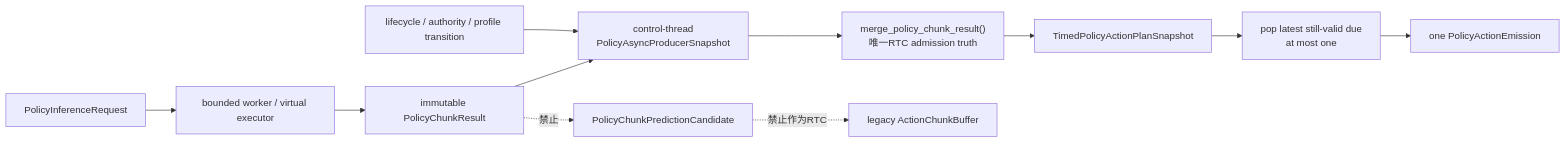
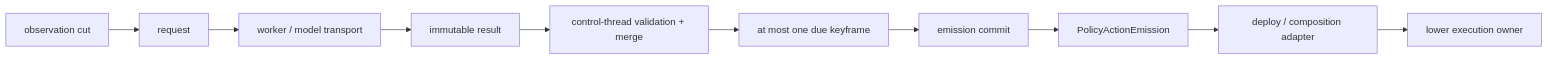
The second of 8 diagrams in docs/architecture/dexteleop_rtc_visual_guide.md (xiaopangxiexyg/AgenticRobot), drawn with Mermaid before and after one commit. The commit also changed other lines of this file and 2 other files, not shown here.

````diff
--- a/docs/architecture/dexteleop_rtc_visual_guide.md
+++ b/docs/architecture/dexteleop_rtc_visual_guide.md
@@ -331,14 +68,12 @@
 ```mermaid
 flowchart LR
-    Req["PolicyInferenceRequest"] --> Worker["bounded worker / virtual executor"]
-    Worker --> Result["immutable PolicyChunkResult"]
-    Gate["lifecycle / authority / profile transition"] --> Owner["control-thread<br/>PolicyAsyncProducerSnapshot"]
-    Result --> Owner
-    Owner --> Merge["merge_policy_chunk_result()<br/>唯一RTC admission truth"]
-    Merge --> Plan["TimedPolicyActionPlanSnapshot"]
-    Plan --> Due["pop latest still-valid due<br/>at most one"]
-    Due --> Emit["one PolicyActionEmission"]
-
-    Result -. "禁止" .-> Candidate["PolicyChunkPredictionCandidate"]
-    Candidate -. "禁止作为RTC" .-> Queue["legacy ActionChunkBuffer"]
+    Cut["observation cut"] --> Req["request"]
+    Req --> Worker["worker / model transport"]
+    Worker --> Result["immutable result"]
+    Result --> Admit["control-thread validation + merge"]
+    Admit --> Pop["at most one due keyframe"]
+    Pop --> Commit["emission commit"]
+    Commit --> Emission["PolicyActionEmission"]
+    Emission --> Consumer["deploy / composition adapter"]
+    Consumer --> Target["lower execution owner"]
 ```
````
